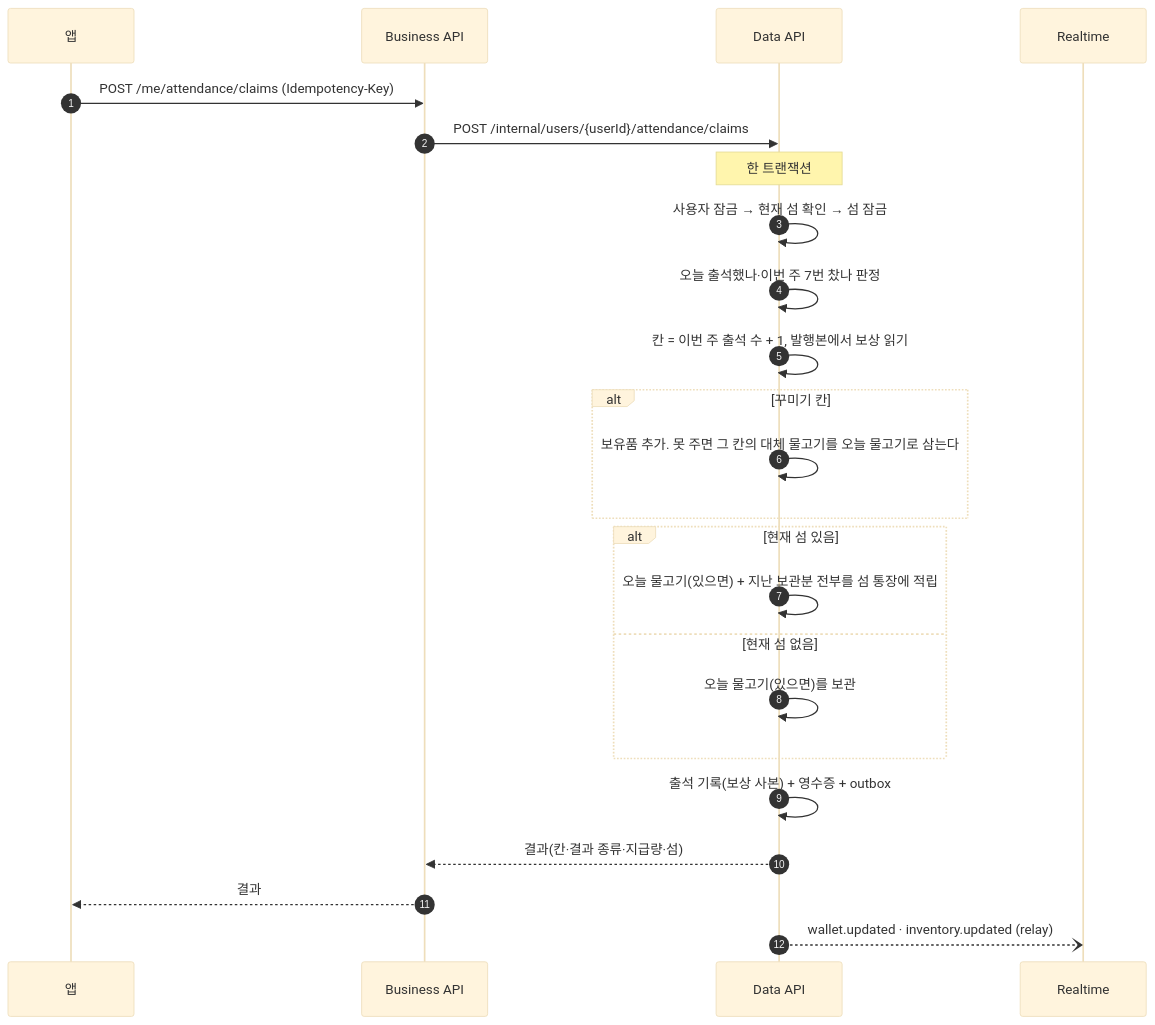
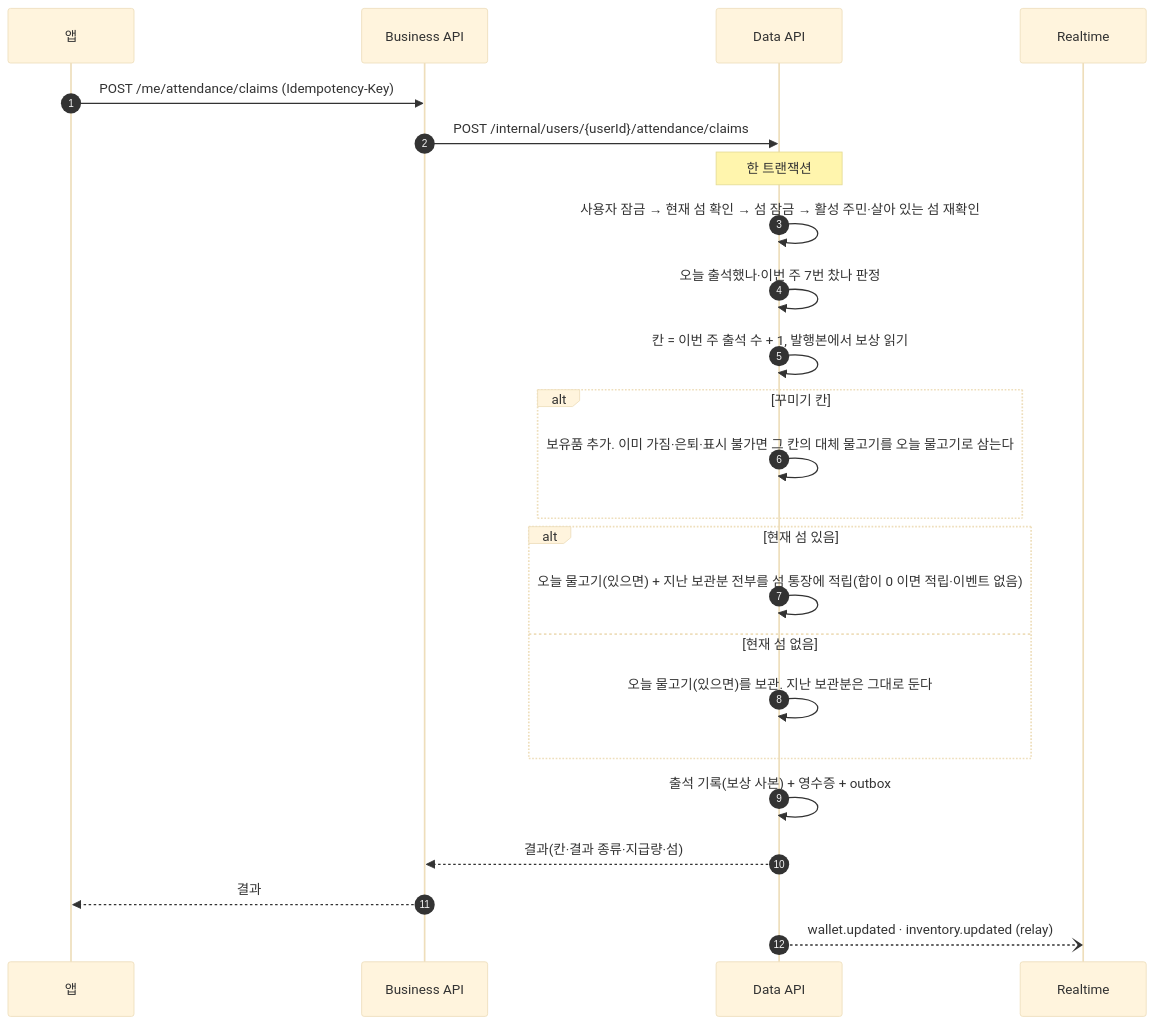
The third of 4 diagrams in docs/prd/fishcat/attendance/high-level-design.md (OneOrThree/phone), drawn with Mermaid (base theme) before and after one commit. The commit also changed other lines of this file, not shown here.

````diff
--- a/docs/prd/fishcat/attendance/high-level-design.md
+++ b/docs/prd/fishcat/attendance/high-level-design.md
@@ -100,26 +107,26 @@
 ```mermaid
 sequenceDiagram
   autonumber
   participant A as 앱
   participant B as Business API
   participant D as Data API
   participant R as Realtime
   A->>B: POST /me/attendance/claims (Idempotency-Key)
   B->>D: POST /internal/users/{userId}/attendance/claims
   Note over D: 한 트랜잭션
-  D->>D: 사용자 잠금 → 현재 섬 확인 → 섬 잠금
+  D->>D: 사용자 잠금 → 현재 섬 확인 → 섬 잠금 → 활성 주민·살아 있는 섬 재확인
   D->>D: 오늘 출석했나·이번 주 7번 찼나 판정
   D->>D: 칸 = 이번 주 출석 수 + 1, 발행본에서 보상 읽기
   alt 꾸미기 칸
-    D->>D: 보유품 추가. 못 주면 그 칸의 대체 물고기를 오늘 물고기로 삼는다
+    D->>D: 보유품 추가. 이미 가짐·은퇴·표시 불가면 그 칸의 대체 물고기를 오늘 물고기로 삼는다
   end
   alt 현재 섬 있음
-    D->>D: 오늘 물고기(있으면) + 지난 보관분 전부를 섬 통장에 적립
+    D->>D: 오늘 물고기(있으면) + 지난 보관분 전부를 섬 통장에 적립(합이 0 이면 적립·이벤트 없음)
   else 현재 섬 없음
-    D->>D: 오늘 물고기(있으면)를 보관
+    D->>D: 오늘 물고기(있으면)를 보관. 지난 보관분은 그대로 둔다
   end
   D->>D: 출석 기록(보상 사본) + 영수증 + outbox
   D-->>B: 결과(칸·결과 종류·지급량·섬)
   B-->>A: 결과
   D--)R: wallet.updated · inventory.updated (relay)
 ```
````
